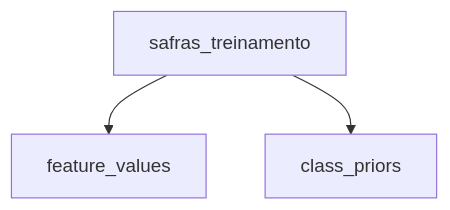
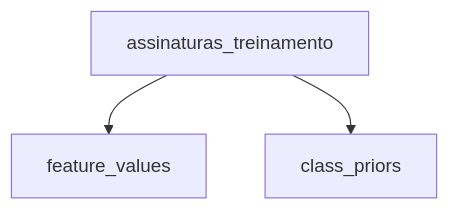
The diagram in docs/training-data-model.md (DiogoAug16/safra-rentavel), drawn with Mermaid before and after one commit. The commit also changed other lines of this file and 24 other files, not shown here.

````diff
--- a/docs/training-data-model.md
+++ b/docs/training-data-model.md
@@ -250,5 +175,5 @@
 ```mermaid
 flowchart TD
-    A[safras_treinamento] --> B[feature_values]
+    A[assinaturas_treinamento] --> B[feature_values]
     A --> C[class_priors]
 ```
````
